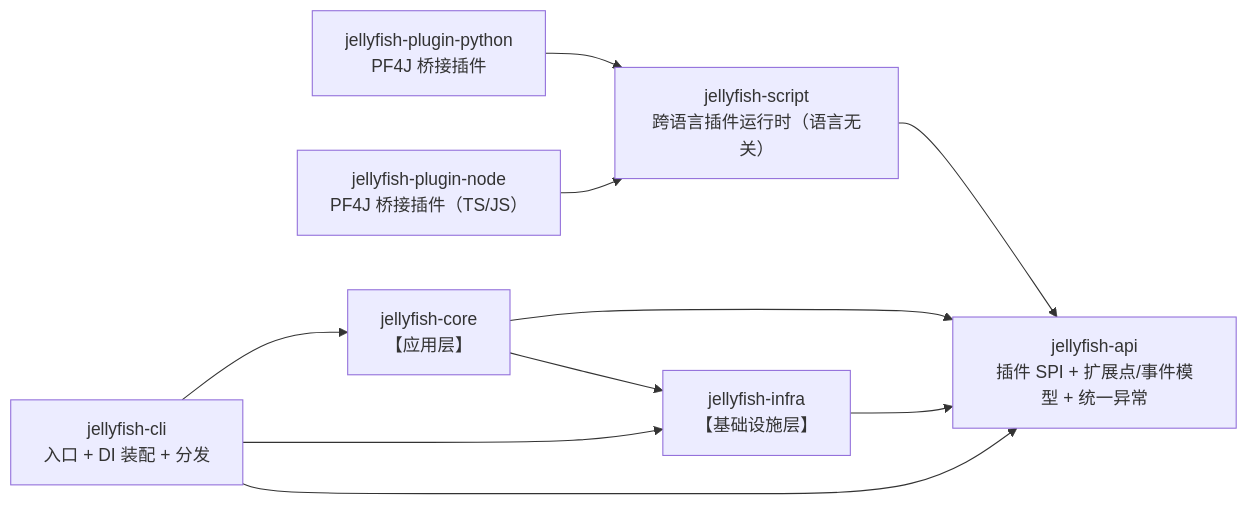
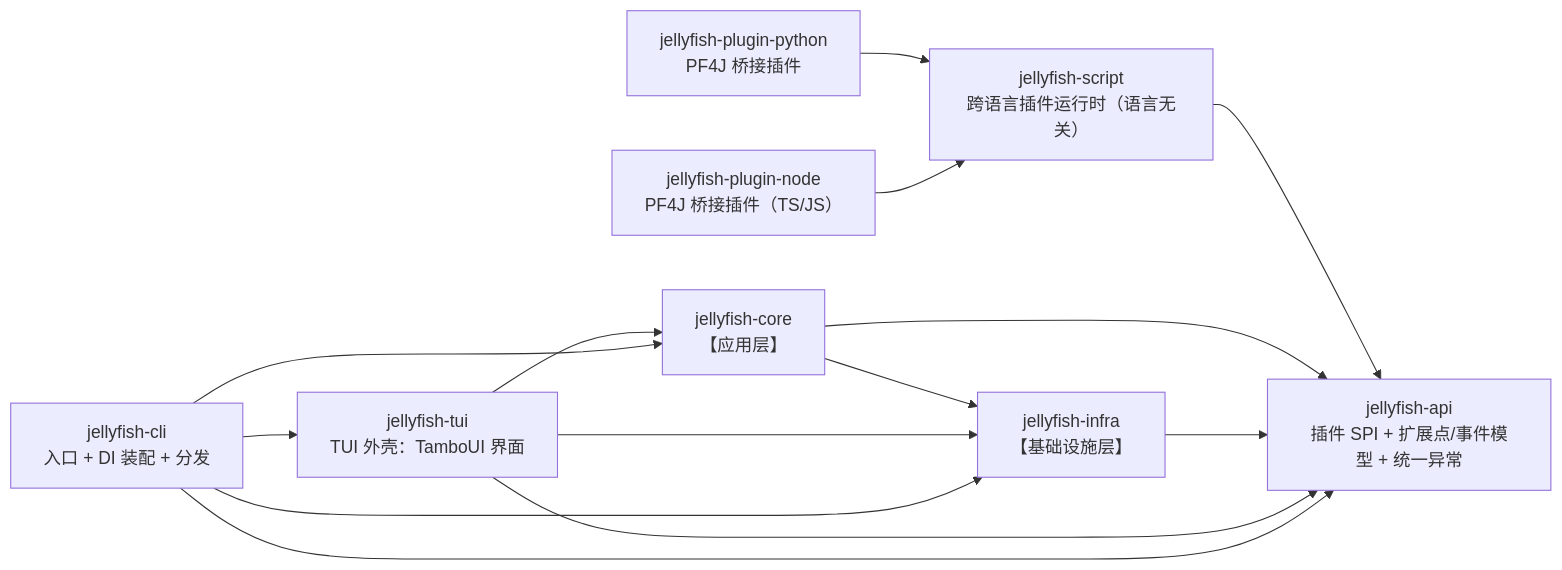
One commit to zcd0831/Jellyfish changed the second of 2 diagrams in AGENTS.md. Above: the diagram before and after it, drawn with Mermaid. The commit also changed other lines of this file and 3 other files, not shown here.

````diff
--- a/AGENTS.md
+++ b/AGENTS.md
@@ -175,20 +175,25 @@
 ```mermaid
 flowchart LR
     API["jellyfish-api<br>插件 SPI + 扩展点/事件模型 + 统一异常"]
     SCRIPT["jellyfish-script<br>跨语言插件运行时（语言无关）"]
     PY["jellyfish-plugin-python<br>PF4J 桥接插件"]
     NODE["jellyfish-plugin-node<br>PF4J 桥接插件（TS/JS）"]
     INFRA["jellyfish-infra<br>【基础设施层】"]
     CORE["jellyfish-core<br>【应用层】"]
+    TUI["jellyfish-tui<br>TUI 外壳：TamboUI 界面"]
     CLI["jellyfish-cli<br>入口 + DI 装配 + 分发"]
 
     PY --> SCRIPT
     NODE --> SCRIPT
     SCRIPT --> API
     CORE --> API
     CORE --> INFRA
     INFRA --> API
+    TUI --> CORE
+    TUI --> INFRA
+    TUI --> API
     CLI --> CORE
     CLI --> INFRA
     CLI --> API
+    CLI --> TUI
 ```
````
